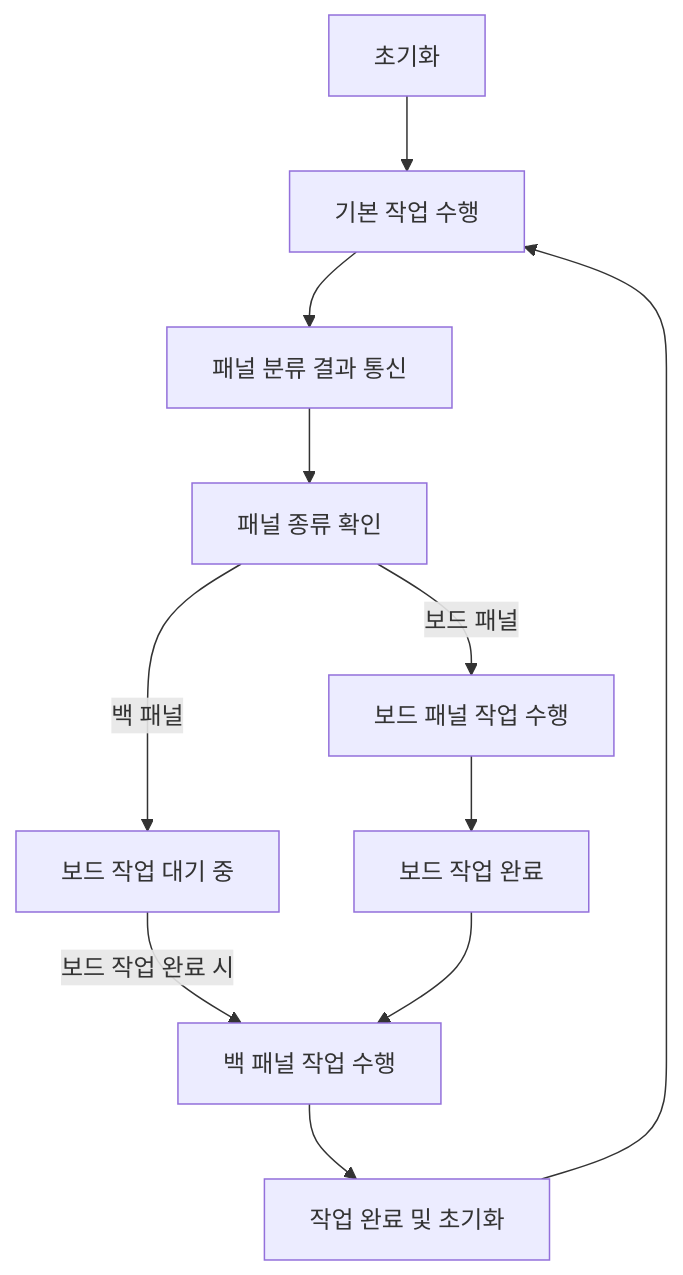
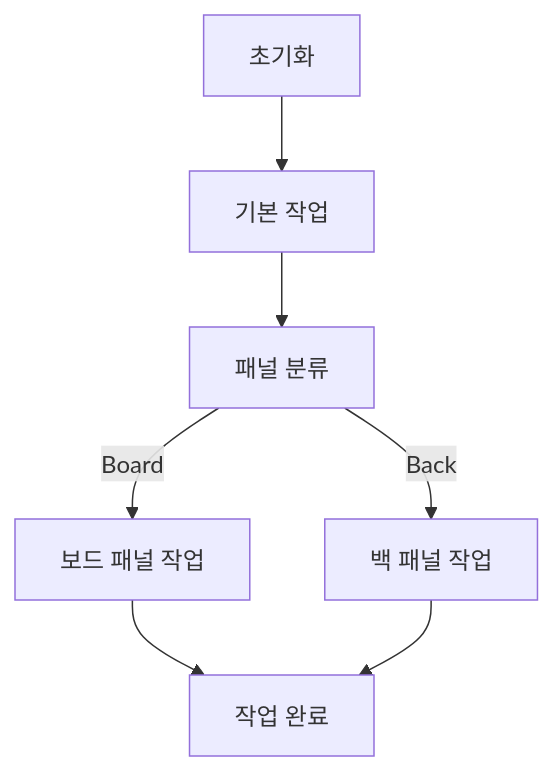
Before and after one commit to JungHoiSun0522/portfolio: the diagram in README.md, drawn with Mermaid. The commit also changed other lines of this file, not shown here.

````diff
--- a/README.md
+++ b/README.md
@@ -331,23 +112,13 @@
 ```mermaid
 flowchart TD
     Start[초기화]
-    BasicTask[기본 작업 수행]
-    Communication[패널 분류 결과 통신]
-    Classification[패널 종류 확인]
-    BoardTask[보드 패널 작업 수행]
-    BackTask[백 패널 작업 수행]
-    BoardComplete[보드 작업 완료]
-    BackWait[보드 작업 대기 중]
-    TaskEnd[작업 완료 및 초기화]
+    BasicTask[기본 작업]
+    Classification[패널 분류]
+    BoardTask[보드 패널 작업]
+    BackTask[백 패널 작업]
+    End[작업 완료]
 
-    Start --> BasicTask --> Communication
-    Communication --> Classification
-    Classification -->|보드 패널| BoardTask
-    Classification -->|백 패널| BackWait
-    BoardTask --> BoardComplete
-    BackWait -->|보드 작업 완료 시| BackTask
-    BoardComplete --> BackTask
-    BackTask --> TaskEnd
-    TaskEnd --> BasicTask
-
+    Start --> BasicTask --> Classification
+    Classification -->|Board| BoardTask --> End
+    Classification -->|Back| BackTask --> End
 ```
````
